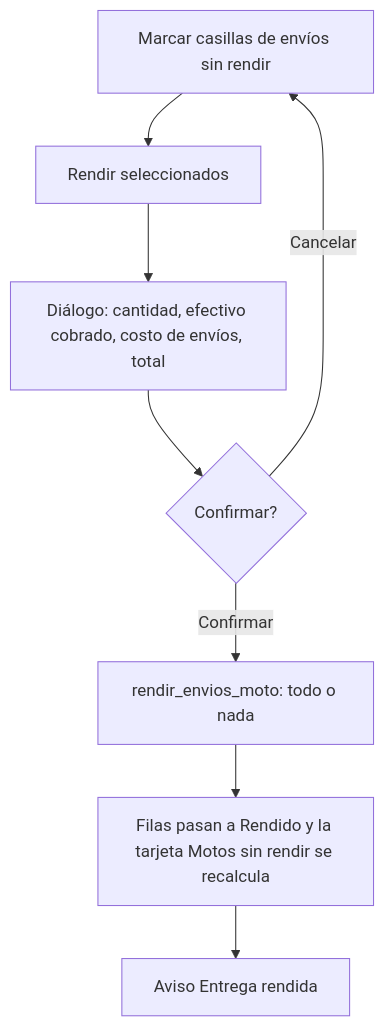
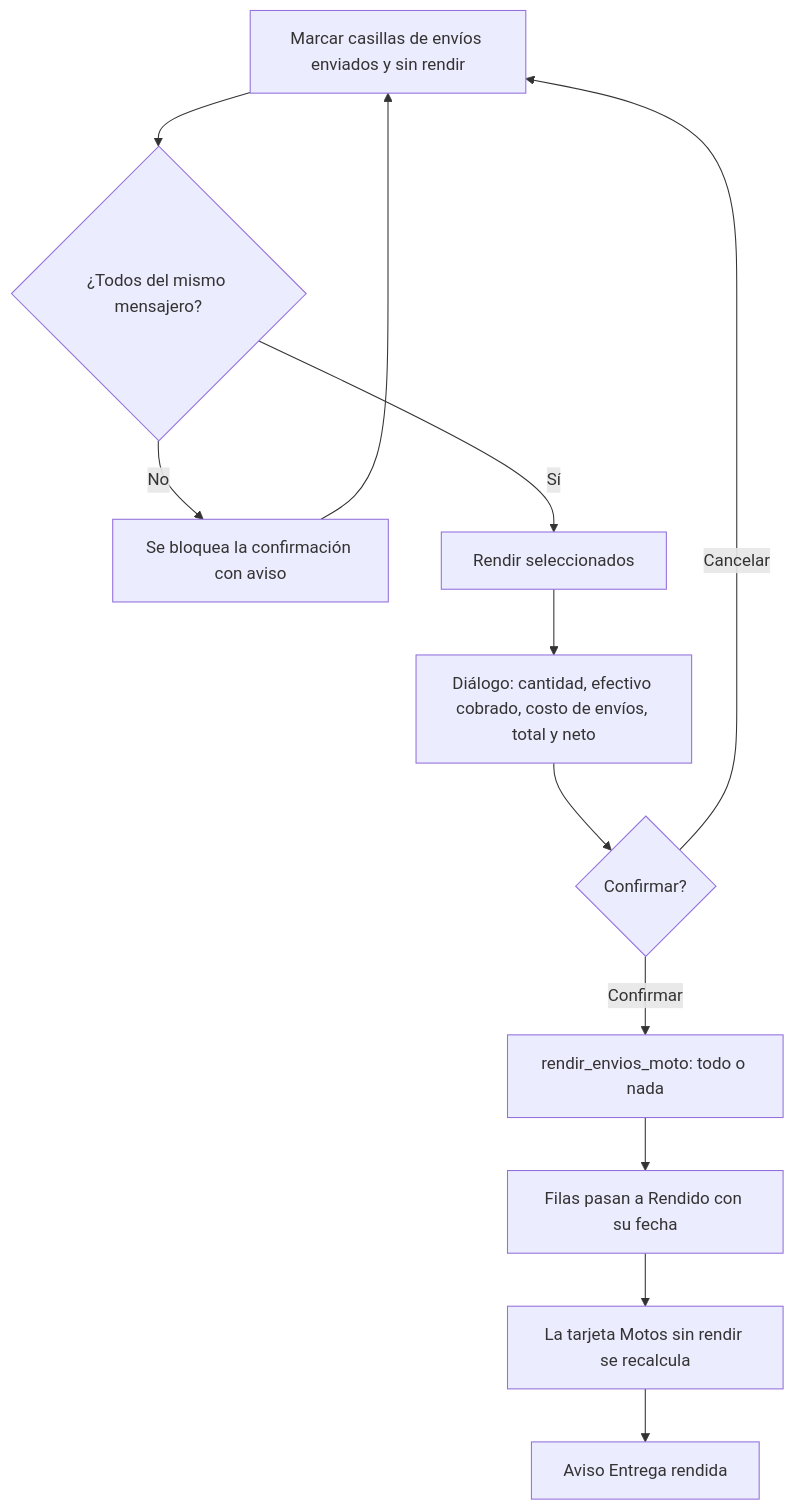
Before and after one commit to nicolasjones/multistorefront-meli: the third of 4 diagrams in specs/20261024-130000-ventas-motos/spec.md, drawn with Mermaid. The commit also changed other lines of this file and 3 other files, not shown here.

````diff
--- a/specs/20261024-130000-ventas-motos/spec.md
+++ b/specs/20261024-130000-ventas-motos/spec.md
@@ -102,10 +121,13 @@
 ```mermaid
 flowchart TD
-  A[Marcar casillas de envíos sin rendir] --> B[Rendir seleccionados]
-  B --> C[Diálogo: cantidad, efectivo cobrado, costo de envíos, total]
-  C --> D{Confirmar?}
-  D -- Cancelar --> A
-  D -- Confirmar --> E[rendir_envios_moto: todo o nada]
-  E --> F[Filas pasan a Rendido y la tarjeta Motos sin rendir se recalcula]
-  F --> G[Aviso Entrega rendida]
+  A[Marcar casillas de envíos enviados y sin rendir] --> B{¿Todos del mismo mensajero?}
+  B -- No --> B1[Se bloquea la confirmación con aviso] --> A
+  B -- Sí --> C[Rendir seleccionados]
+  C --> D[Diálogo: cantidad, efectivo cobrado, costo de envíos, total y neto]
+  D --> E{Confirmar?}
+  E -- Cancelar --> A
+  E -- Confirmar --> F[rendir_envios_moto: todo o nada]
+  F --> G[Filas pasan a Rendido con su fecha]
+  G --> H[La tarjeta Motos sin rendir se recalcula]
+  H --> I[Aviso Entrega rendida]
 ```
````
